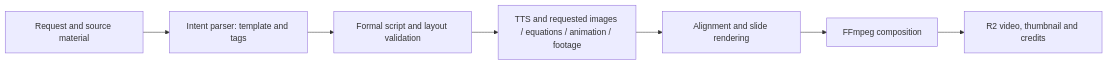
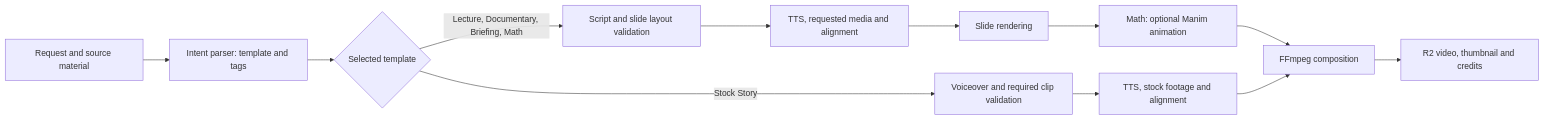
Before and after one commit to LukasPodhorny/shorts-generator: the diagram in docs/FORMAL_VIDEO_TEMPLATES.md, drawn with Mermaid. The commit also changed other lines of this file and 85 other files, not shown here.

````diff
--- a/docs/FORMAL_VIDEO_TEMPLATES.md
+++ b/docs/FORMAL_VIDEO_TEMPLATES.md
@@ -118,9 +132,14 @@
 ```mermaid
 flowchart LR
     A[Request and source material] --> B[Intent parser: template and tags]
-    B --> C[Formal script and layout validation]
-    C --> D[TTS and requested images / equations / animation / footage]
-    D --> E[Alignment and slide rendering]
-    E --> F[FFmpeg composition]
-    F --> G[R2 video, thumbnail and credits]
+    B --> C{Selected template}
+    C -->|Lecture, Documentary, Briefing, Math| D[Script and slide layout validation]
+    C -->|Stock Story| E[Voiceover and required clip validation]
+    D --> F[TTS, requested media and alignment]
+    E --> G[TTS, stock footage and alignment]
+    F --> H[Slide rendering]
+    H --> K[Math: optional Manim animation]
+    K --> I[FFmpeg composition]
+    G --> I
+    I --> J[R2 video, thumbnail and credits]
 ```
````
